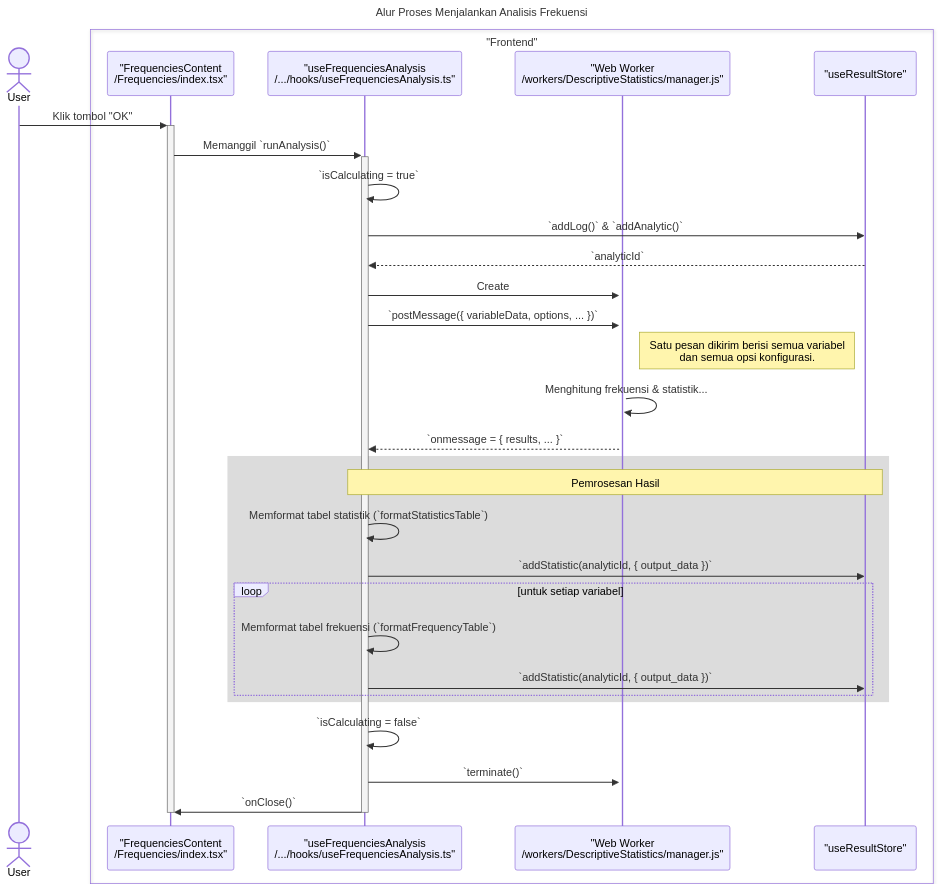
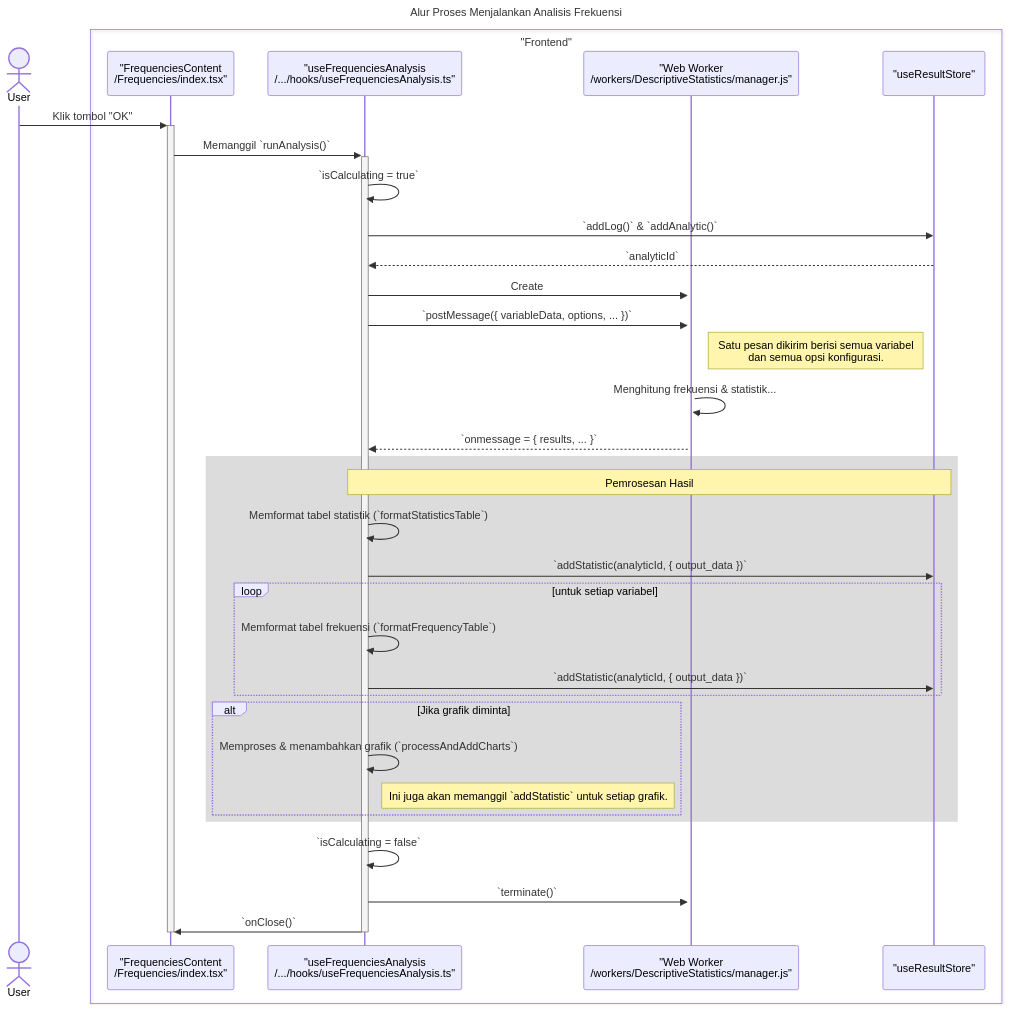
One commit to wilskk/statify changed the second of 2 diagrams in frontend/docs/Sequence-Diagram/Descriptive/frequencies.md. Above: the diagram before and after it, drawn with Mermaid. The commit also changed 25 other files, not shown here.

````diff
--- a/frontend/docs/Sequence-Diagram/Descriptive/frequencies.md
+++ b/frontend/docs/Sequence-Diagram/Descriptive/frequencies.md
@@ -49,43 +49,48 @@
 ```mermaid
 sequenceDiagram
     title: Alur Proses Menjalankan Analisis Frekuensi
     actor User
 
     box "Frontend"
         participant View as "FrequenciesContent<br>/Frequencies/index.tsx"
         participant Hook as "useFrequenciesAnalysis<br>/.../hooks/useFrequenciesAnalysis.ts"
         participant Worker as "Web Worker<br>/workers/DescriptiveStatistics/manager.js"
         participant Store as "useResultStore"
     end
 
     User->>+View: Klik tombol "OK"
     View->>+Hook: Memanggil `runAnalysis()`
     Hook->>Hook: `isCalculating = true`
     Hook->>Store: `addLog()` & `addAnalytic()`
     Store-->>Hook: `analyticId`
     Hook->>+Worker: Create
     Hook->>Worker: `postMessage({ variableData, options, ... })`
     Note right of Worker: Satu pesan dikirim berisi semua variabel<br/>dan semua opsi konfigurasi.
 
     Worker->>Worker: Menghitung frekuensi & statistik...
     Worker-->>Hook: `onmessage = { results, ... }`
 
     rect rgb(220, 220, 220)
     note over Hook, Store: Pemrosesan Hasil
     
     Hook->>Hook: Memformat tabel statistik (`formatStatisticsTable`)
     Hook->>Store: `addStatistic(analyticId, { output_data })`
     
     loop untuk setiap variabel
         Hook->>Hook: Memformat tabel frekuensi (`formatFrequencyTable`)
         Hook->>Store: `addStatistic(analyticId, { output_data })`
     end
     
+    alt Jika grafik diminta
+        Hook->>Hook: Memproses & menambahkan grafik (`processAndAddCharts`)
+        Note right of Hook: Ini juga akan memanggil `addStatistic` untuk setiap grafik.
+    end
+    
     end
 
     Hook->>Hook: `isCalculating = false`
     Hook->>Worker: `terminate()`
     Hook->>View: `onClose()`
     deactivate Hook
     deactivate View
 ``` 
````
